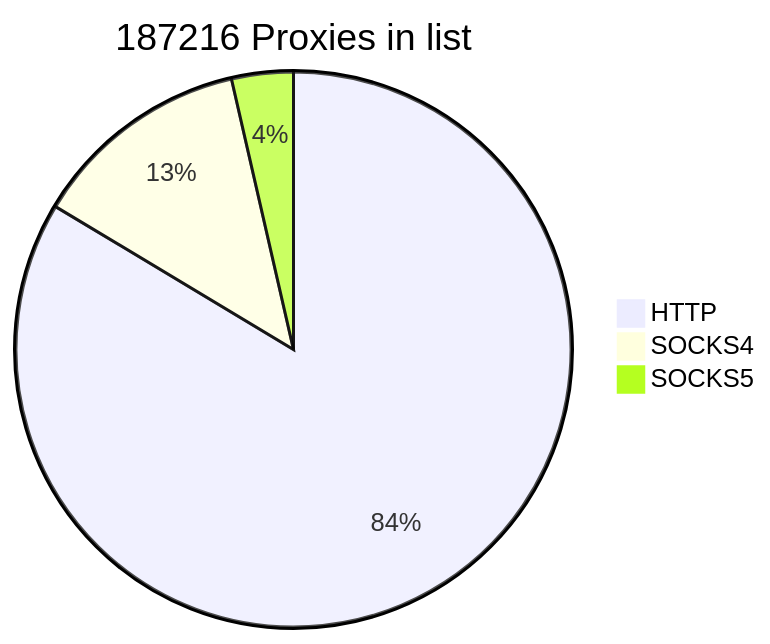
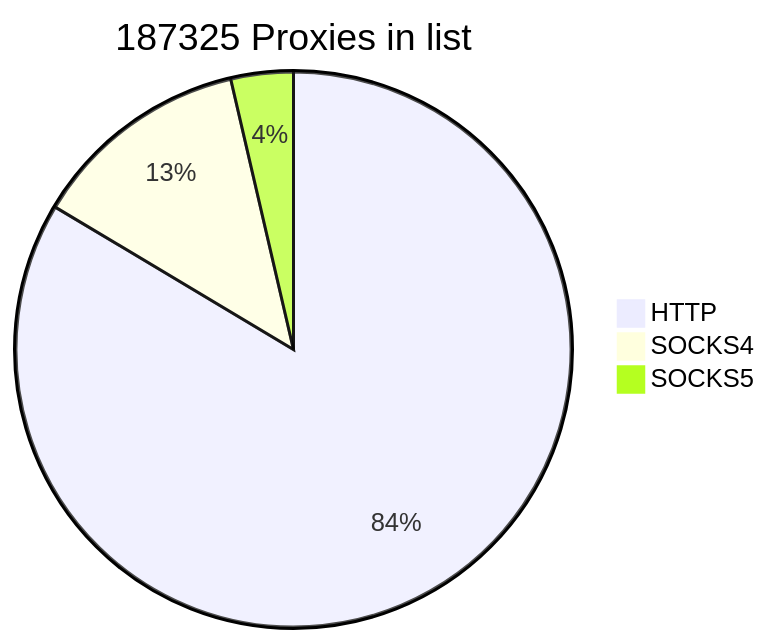
The first of 2 diagrams in README.md (cutipu/proxylist), drawn with Mermaid before and after one commit. The commit also changed other lines of this file, not shown here.

````diff
--- a/README.md
+++ b/README.md
@@ -2,7 +2,7 @@
 ```mermaid
-pie title 187216 Proxies in list
-    "HTTP" : 156527
-    "SOCKS4" : 23974
-    "SOCKS5" : 6715
+pie title 187325 Proxies in list
+    "HTTP" : 156553
+    "SOCKS4" : 23971
+    "SOCKS5" : 6801
             
 ```
````
